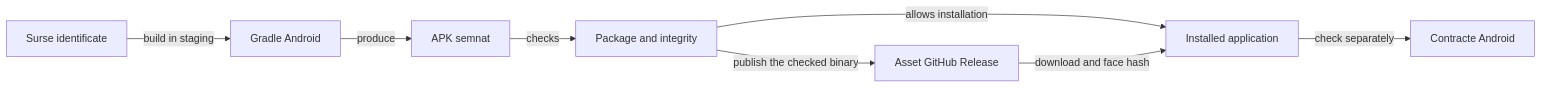
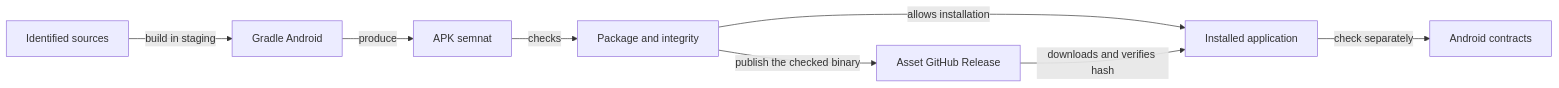
Before and after one commit to crististefanita/atf_j4: the diagram in docs/platform/ATF_AndroidDelivery.md, drawn with Mermaid. The commit also changed other lines of this file and 84 other files, not shown here.

````diff
--- a/docs/platform/ATF_AndroidDelivery.md
+++ b/docs/platform/ATF_AndroidDelivery.md
@@ -9,10 +9,10 @@
 ```mermaid
 flowchart LR
-    SOURCE[Surse identificate] -->|build in staging| BUILD[Gradle Android]
+    SOURCE[Identified sources] -->|build in staging| BUILD[Gradle Android]
     BUILD -->|produce| APK[APK semnat]
     APK -->|checks| STATIC[Package and integrity]
     STATIC -->|allows installation| DEVICE[Installed application]
     STATIC -->|publish the checked binary| ASSET[Asset GitHub Release]
-    ASSET -->|download and face hash| DEVICE
-    DEVICE -->|check separately| UI[Contracte Android]
+    ASSET -->|downloads and verifies hash| DEVICE
+    DEVICE -->|check separately| UI[Android contracts]
 ```
````
